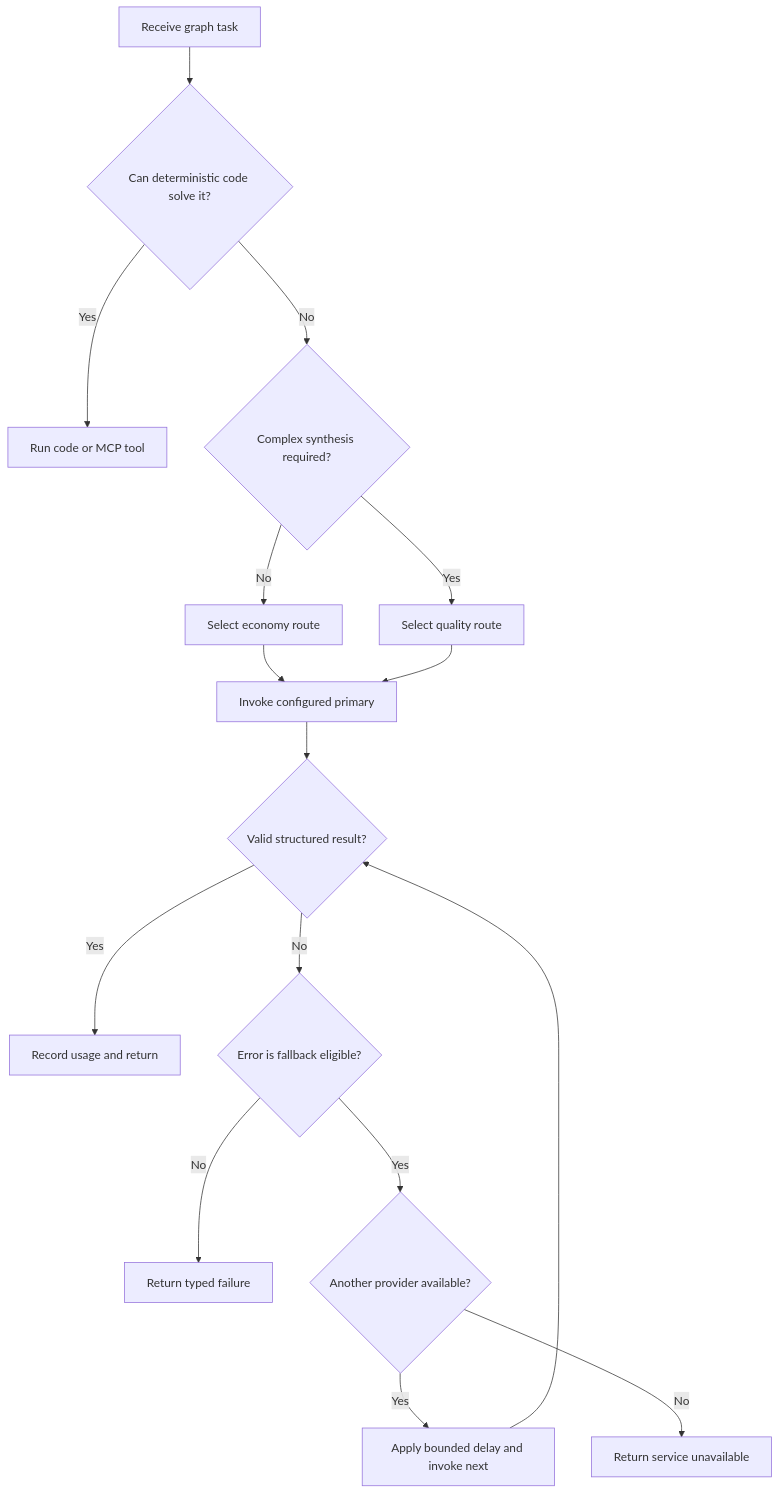
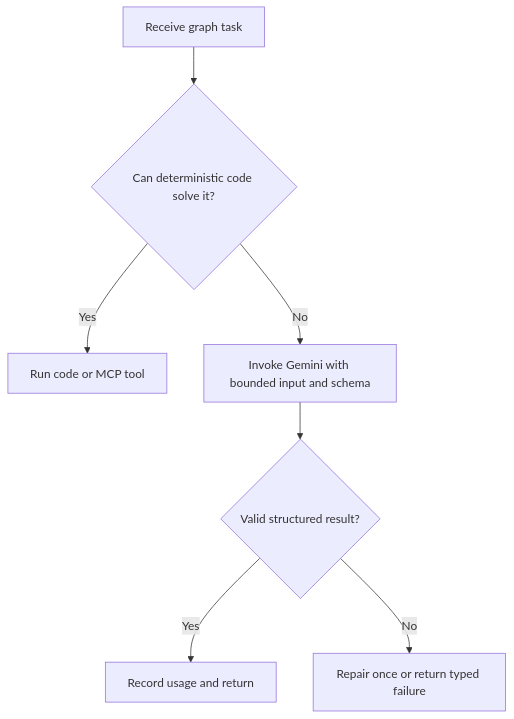
The first of 2 diagrams in docs/model-routing.md (manipoint/map-server), drawn with Mermaid before and after one commit. The commit also changed other lines of this file and 116 other files, not shown here.

````diff
--- a/docs/model-routing.md
+++ b/docs/model-routing.md
@@ -46,18 +29,9 @@
 ```mermaid
 flowchart TD
     A[Receive graph task] --> B{Can deterministic code solve it?}
     B -- Yes --> C[Run code or MCP tool]
-    B -- No --> D{Complex synthesis required?}
-    D -- No --> E[Select economy route]
-    D -- Yes --> F[Select quality route]
-    E --> G[Invoke configured primary]
-    F --> G
-    G --> H{Valid structured result?}
-    H -- Yes --> I[Record usage and return]
-    H -- No --> J{Error is fallback eligible?}
-    J -- No --> K[Return typed failure]
-    J -- Yes --> L{Another provider available?}
-    L -- Yes --> M[Apply bounded delay and invoke next]
-    M --> H
-    L -- No --> N[Return service unavailable]
+    B -- No --> D[Invoke Gemini with bounded input and schema]
+    D --> E{Valid structured result?}
+    E -- Yes --> F[Record usage and return]
+    E -- No --> G[Repair once or return typed failure]
 ```
````
